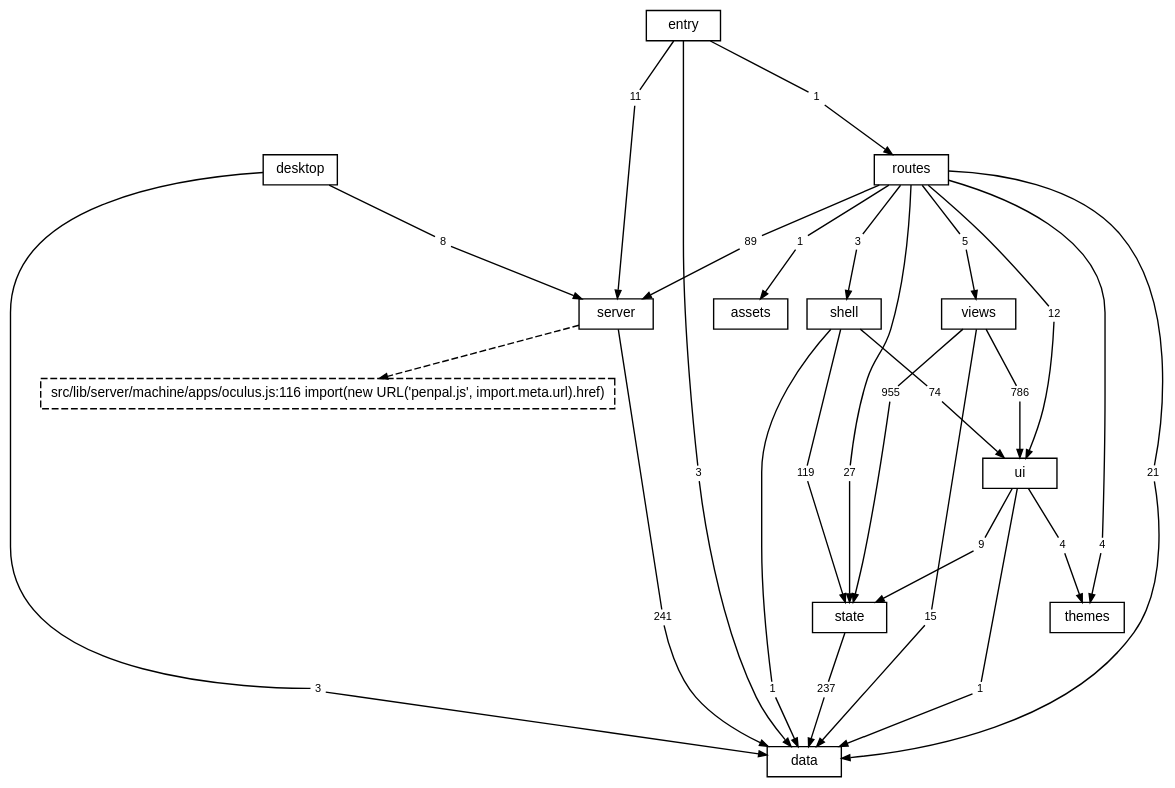
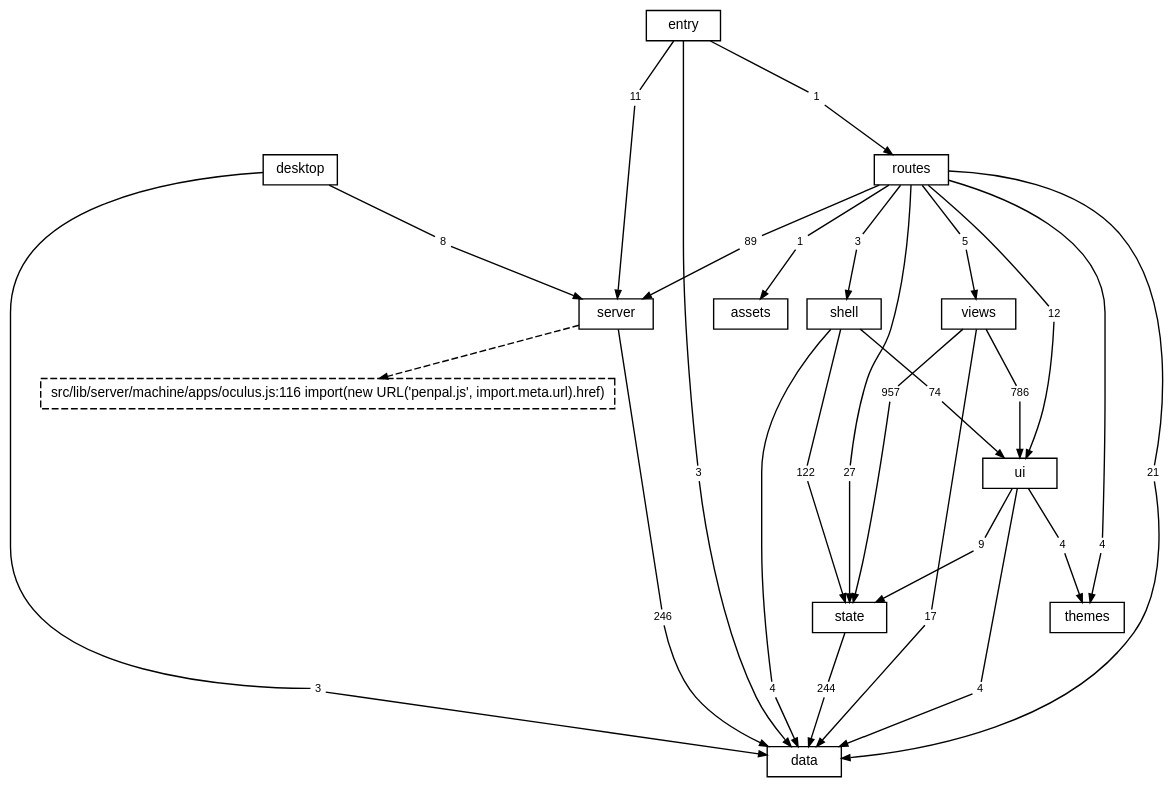
One commit to TheAxeC/oculus changed the diagram in docs/diagrams/layers.dot. Above: the diagram before and after it, drawn with Graphviz. The commit also changed 124 other files, not shown here.

```diff
--- a/docs/diagrams/layers.dot
+++ b/docs/diagrams/layers.dot
@@ -1,90 +1,90 @@
 digraph layers {
     graph [bgcolor="transparent", rankdir=TB, newrank=true, fontname="Helvetica,Arial,sans-serif", fontsize=12, nodesep=0.2, ranksep=0.5];
     node [shape=box, color="black", fontcolor="black", fontname="Helvetica,Arial,sans-serif", fontsize=10, height=0.3, margin="0.12,0.04"];
     edge [color="black", fontcolor="black", fontname="Helvetica,Arial,sans-serif", fontsize=8, arrowsize=0.6];
     "data";
     "server";
     "state";
     "ui";
     "shell";
     "views";
     "themes";
     "routes";
     "desktop";
     "src" [label="entry"];
     "files: assets" [label="assets"];
     "? src/lib/server/machine/apps/oculus.js:116" [label="src/lib/server/machine/apps/oculus.js:116 import(new URL('penpal.js', import.meta.url).href)", style=dashed];
     "desktop to data" [label="3", shape=box, color="transparent", fontsize=8, width=0, height=0, margin="0.04,0.02"];
     "desktop" -> "desktop to data" [arrowhead=none];
     "desktop to data" -> "data" [];
     "desktop to server" [label="8", shape=box, color="transparent", fontsize=8, width=0, height=0, margin="0.04,0.02"];
     "desktop" -> "desktop to server" [arrowhead=none];
     "desktop to server" -> "server" [];
     "routes to data" [label="21", shape=box, color="transparent", fontsize=8, width=0, height=0, margin="0.04,0.02"];
     "routes" -> "routes to data" [arrowhead=none];
     "routes to data" -> "data" [];
     "routes to files: assets" [label="1", shape=box, color="transparent", fontsize=8, width=0, height=0, margin="0.04,0.02"];
     "routes" -> "routes to files: assets" [arrowhead=none];
     "routes to files: assets" -> "files: assets" [];
     "routes to server" [label="89", shape=box, color="transparent", fontsize=8, width=0, height=0, margin="0.04,0.02"];
     "routes" -> "routes to server" [arrowhead=none];
     "routes to server" -> "server" [];
     "routes to shell" [label="3", shape=box, color="transparent", fontsize=8, width=0, height=0, margin="0.04,0.02"];
     "routes" -> "routes to shell" [arrowhead=none];
     "routes to shell" -> "shell" [];
     "routes to state" [label="27", shape=box, color="transparent", fontsize=8, width=0, height=0, margin="0.04,0.02"];
     "routes" -> "routes to state" [arrowhead=none];
     "routes to state" -> "state" [];
     "routes to themes" [label="4", shape=box, color="transparent", fontsize=8, width=0, height=0, margin="0.04,0.02"];
     "routes" -> "routes to themes" [arrowhead=none];
     "routes to themes" -> "themes" [];
     "routes to ui" [label="12", shape=box, color="transparent", fontsize=8, width=0, height=0, margin="0.04,0.02"];
     "routes" -> "routes to ui" [arrowhead=none];
     "routes to ui" -> "ui" [];
     "routes to views" [label="5", shape=box, color="transparent", fontsize=8, width=0, height=0, margin="0.04,0.02"];
     "routes" -> "routes to views" [arrowhead=none];
     "routes to views" -> "views" [];
-    "server to data" [label="241", shape=box, color="transparent", fontsize=8, width=0, height=0, margin="0.04,0.02"];
+    "server to data" [label="246", shape=box, color="transparent", fontsize=8, width=0, height=0, margin="0.04,0.02"];
     "server" -> "server to data" [arrowhead=none];
     "server to data" -> "data" [];
-    "shell to data" [label="1", shape=box, color="transparent", fontsize=8, width=0, height=0, margin="0.04,0.02"];
+    "shell to data" [label="4", shape=box, color="transparent", fontsize=8, width=0, height=0, margin="0.04,0.02"];
     "shell" -> "shell to data" [arrowhead=none];
     "shell to data" -> "data" [];
-    "shell to state" [label="119", shape=box, color="transparent", fontsize=8, width=0, height=0, margin="0.04,0.02"];
+    "shell to state" [label="122", shape=box, color="transparent", fontsize=8, width=0, height=0, margin="0.04,0.02"];
     "shell" -> "shell to state" [arrowhead=none];
     "shell to state" -> "state" [];
     "shell to ui" [label="74", shape=box, color="transparent", fontsize=8, width=0, height=0, margin="0.04,0.02"];
     "shell" -> "shell to ui" [arrowhead=none];
     "shell to ui" -> "ui" [];
     "src to data" [label="3", shape=box, color="transparent", fontsize=8, width=0, height=0, margin="0.04,0.02"];
     "src" -> "src to data" [arrowhead=none];
     "src to data" -> "data" [];
     "src to routes" [label="1", shape=box, color="transparent", fontsize=8, width=0, height=0, margin="0.04,0.02"];
     "src" -> "src to routes" [arrowhead=none];
     "src to routes" -> "routes" [];
     "src to server" [label="11", shape=box, color="transparent", fontsize=8, width=0, height=0, margin="0.04,0.02"];
     "src" -> "src to server" [arrowhead=none];
     "src to server" -> "server" [];
-    "state to data" [label="237", shape=box, color="transparent", fontsize=8, width=0, height=0, margin="0.04,0.02"];
+    "state to data" [label="244", shape=box, color="transparent", fontsize=8, width=0, height=0, margin="0.04,0.02"];
     "state" -> "state to data" [arrowhead=none];
     "state to data" -> "data" [];
-    "ui to data" [label="1", shape=box, color="transparent", fontsize=8, width=0, height=0, margin="0.04,0.02"];
+    "ui to data" [label="4", shape=box, color="transparent", fontsize=8, width=0, height=0, margin="0.04,0.02"];
     "ui" -> "ui to data" [arrowhead=none];
     "ui to data" -> "data" [];
     "ui to state" [label="9", shape=box, color="transparent", fontsize=8, width=0, height=0, margin="0.04,0.02"];
     "ui" -> "ui to state" [arrowhead=none];
     "ui to state" -> "state" [];
     "ui to themes" [label="4", shape=box, color="transparent", fontsize=8, width=0, height=0, margin="0.04,0.02"];
     "ui" -> "ui to themes" [arrowhead=none];
     "ui to themes" -> "themes" [];
-    "views to data" [label="15", shape=box, color="transparent", fontsize=8, width=0, height=0, margin="0.04,0.02"];
+    "views to data" [label="17", shape=box, color="transparent", fontsize=8, width=0, height=0, margin="0.04,0.02"];
     "views" -> "views to data" [arrowhead=none];
     "views to data" -> "data" [];
-    "views to state" [label="955", shape=box, color="transparent", fontsize=8, width=0, height=0, margin="0.04,0.02"];
+    "views to state" [label="957", shape=box, color="transparent", fontsize=8, width=0, height=0, margin="0.04,0.02"];
     "views" -> "views to state" [arrowhead=none];
     "views to state" -> "state" [];
     "views to ui" [label="786", shape=box, color="transparent", fontsize=8, width=0, height=0, margin="0.04,0.02"];
     "views" -> "views to ui" [arrowhead=none];
     "views to ui" -> "ui" [];
     "server" -> "? src/lib/server/machine/apps/oculus.js:116" [style=dashed];
 }
```
